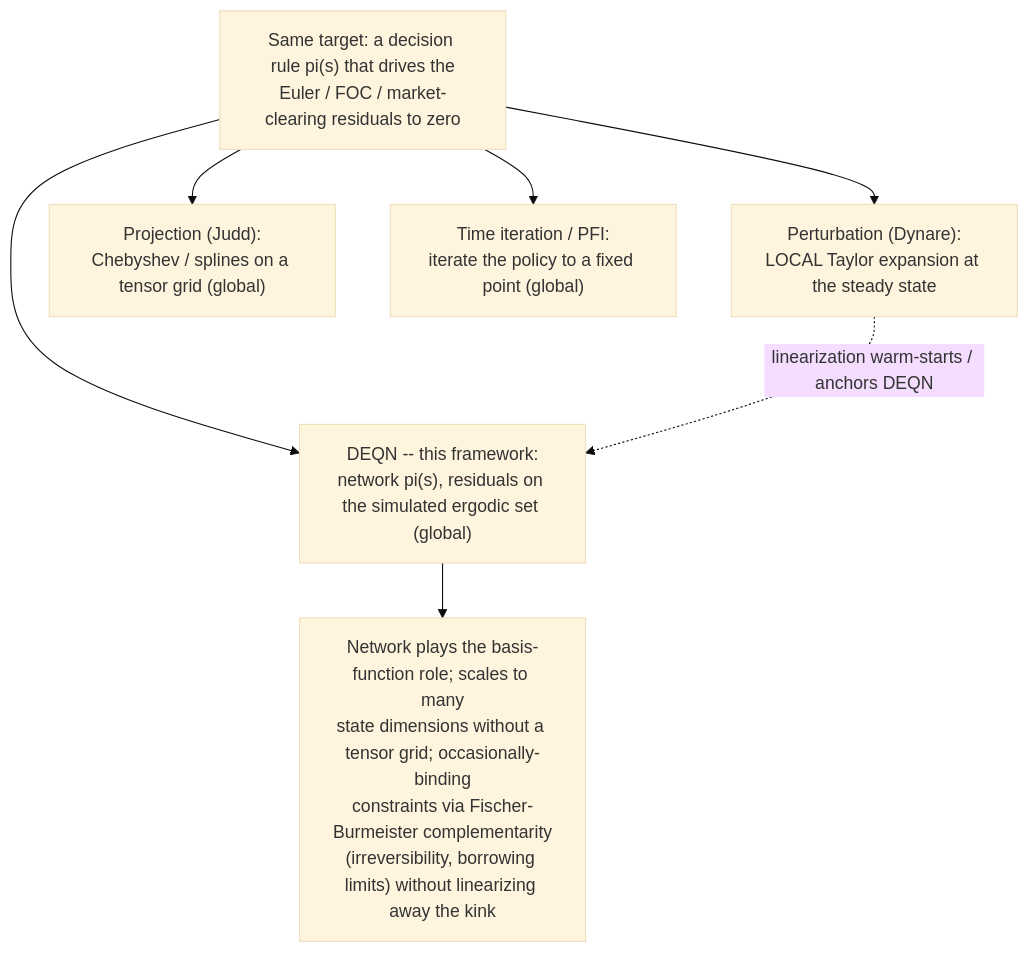
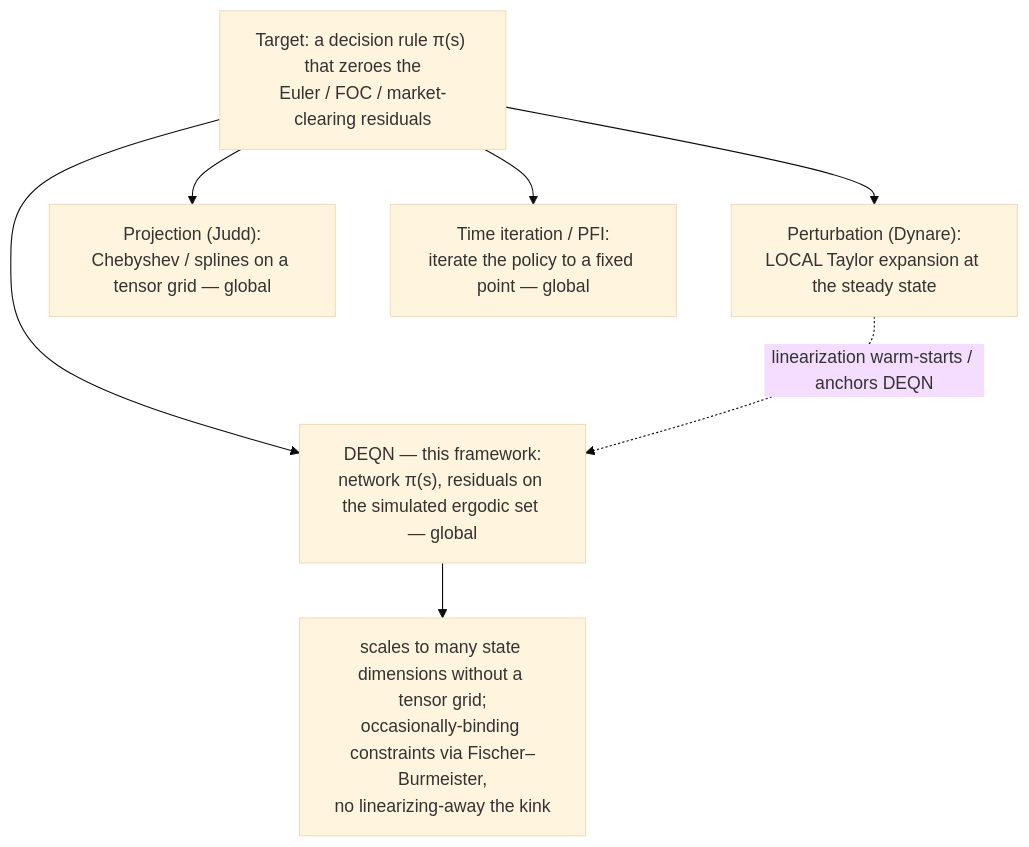
One commit to deqn-jax/deqn-jax changed the second of 2 diagrams in docs/site/index.md. Above: the diagram before and after it, drawn with Mermaid (base theme). The commit also changed other lines of this file and 21 other files, not shown here.

````diff
--- a/docs/site/index.md
+++ b/docs/site/index.md
@@ -48,10 +139,10 @@
-```mermaid
-flowchart TD
-    T["Same target: a decision rule pi(s) that drives the<br/>Euler / FOC / market-clearing residuals to zero"]
-    T --> L["Perturbation (Dynare):<br/>LOCAL Taylor expansion at the steady state"]
-    T --> P["Projection (Judd):<br/>Chebyshev / splines on a tensor grid (global)"]
-    T --> I["Time iteration / PFI:<br/>iterate the policy to a fixed point (global)"]
-    T --> D["DEQN -- this framework:<br/>network pi(s), residuals on the simulated ergodic set (global)"]
-    D --> N["Network plays the basis-function role; scales to many<br/>state dimensions without a tensor grid; occasionally-binding<br/>constraints via Fischer-Burmeister complementarity<br/>(irreversibility, borrowing limits) without linearizing away the kink"]
-    L -.->|linearization warm-starts / anchors DEQN| D
-```
+    ```mermaid
+    flowchart TD
+        T["Target: a decision rule &pi;(s) that zeroes the<br/>Euler / FOC / market-clearing residuals"]
+        T --> L["Perturbation (Dynare):<br/>LOCAL Taylor expansion at the steady state"]
+        T --> P["Projection (Judd):<br/>Chebyshev / splines on a tensor grid — global"]
+        T --> I["Time iteration / PFI:<br/>iterate the policy to a fixed point — global"]
+        T --> D["DEQN — this framework:<br/>network &pi;(s), residuals on the simulated ergodic set — global"]
+        D --> N["scales to many state dimensions without a tensor grid;<br/>occasionally-binding constraints via Fischer–Burmeister,<br/>no linearizing-away the kink"]
+        L -.->|linearization warm-starts / anchors DEQN| D
+    ```
````
